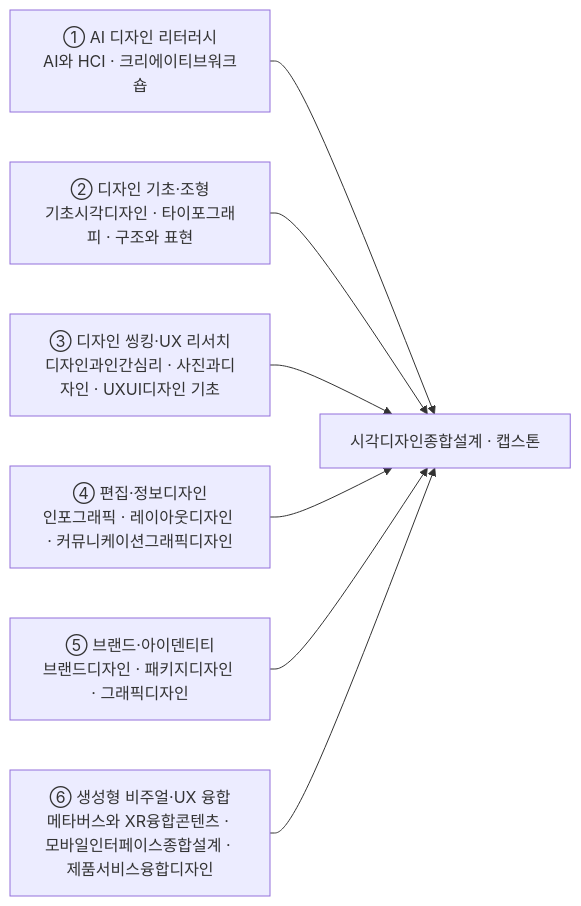
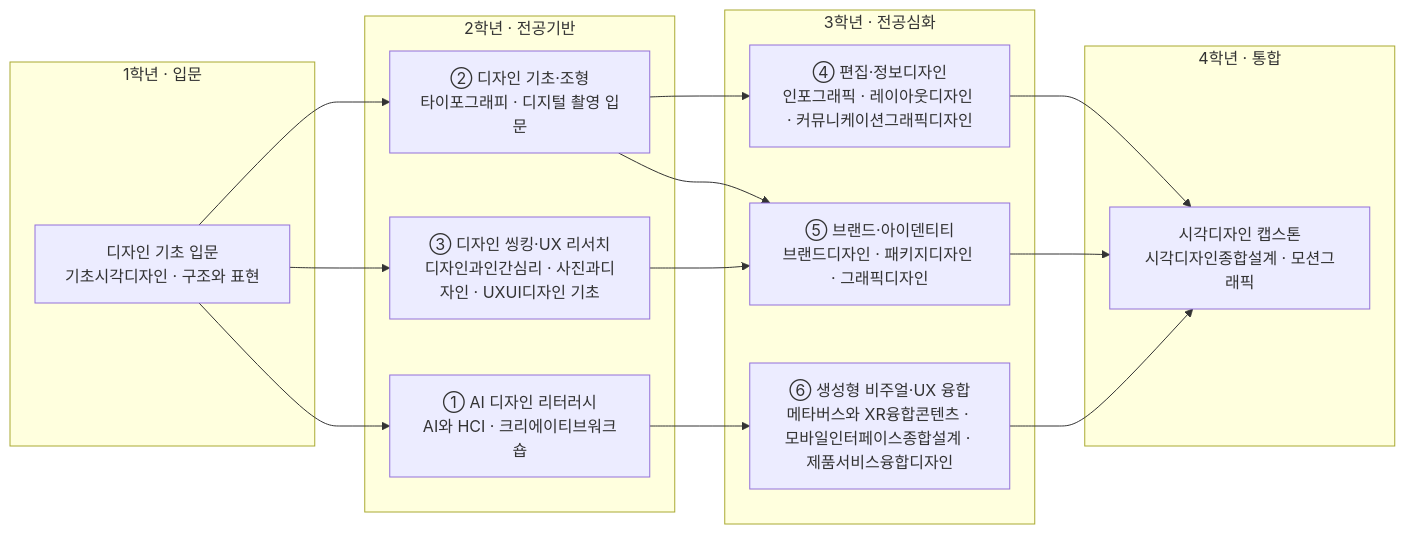
One commit to parclab-hsu/ai-curriculum-2026 changed the diagram in docs/design/visual-design.md. Above: the diagram before and after it, drawn with Mermaid. The commit also changed other lines of this file and 22 other files, not shown here.

First line of the commit message:
모듈 다이어그램 강화 — 1~4학년 로드맵 + 모듈-역량 매핑 (23개 트랙)

````diff
--- a/docs/design/visual-design.md
+++ b/docs/design/visual-design.md
@@ -101,10 +101,29 @@
 ```mermaid
 flowchart LR
-  M1["① AI 디자인 리터러시<br/>AI와 HCI · 크리에이티브워크숍"] --> CAP
-  M2["② 디자인 기초·조형<br/>기초시각디자인 · 타이포그래피 · 구조와 표현"] --> CAP
-  M3["③ 디자인 씽킹·UX 리서치<br/>디자인과인간심리 · 사진과디자인 · UXUI디자인 기초"] --> CAP
-  M4["④ 편집·정보디자인<br/>인포그래픽 · 레이아웃디자인 · 커뮤니케이션그래픽디자인"] --> CAP
-  M5["⑤ 브랜드·아이덴티티<br/>브랜드디자인 · 패키지디자인 · 그래픽디자인"] --> CAP
-  M6["⑥ 생성형 비주얼·UX 융합<br/>메타버스와 XR융합콘텐츠 · 모바일인터페이스종합설계 · 제품서비스융합디자인"] --> CAP
-  CAP["시각디자인종합설계 · 캡스톤"]
+  subgraph Y1["1학년 · 입문"]
+    A0["디자인 기초 입문<br/>기초시각디자인 · 구조와 표현"]
+  end
+  subgraph Y2["2학년 · 전공기반"]
+    M1["① AI 디자인 리터러시<br/>AI와 HCI · 크리에이티브워크숍"]
+    M2["② 디자인 기초·조형<br/>타이포그래피 · 디지털 촬영 입문"]
+    M3["③ 디자인 씽킹·UX 리서치<br/>디자인과인간심리 · 사진과디자인 · UXUI디자인 기초"]
+  end
+  subgraph Y3["3학년 · 전공심화"]
+    M4["④ 편집·정보디자인<br/>인포그래픽 · 레이아웃디자인 · 커뮤니케이션그래픽디자인"]
+    M5["⑤ 브랜드·아이덴티티<br/>브랜드디자인 · 패키지디자인 · 그래픽디자인"]
+    M6["⑥ 생성형 비주얼·UX 융합<br/>메타버스와 XR융합콘텐츠 · 모바일인터페이스종합설계 · 제품서비스융합디자인"]
+  end
+  subgraph Y4["4학년 · 통합"]
+    CAP["시각디자인 캡스톤<br/>시각디자인종합설계 · 모션그래픽"]
+  end
+  A0 --> M1
+  A0 --> M2
+  A0 --> M3
+  M2 --> M4
+  M2 --> M5
+  M3 --> M5
+  M1 --> M6
+  M4 --> CAP
+  M5 --> CAP
+  M6 --> CAP
 ```
````
